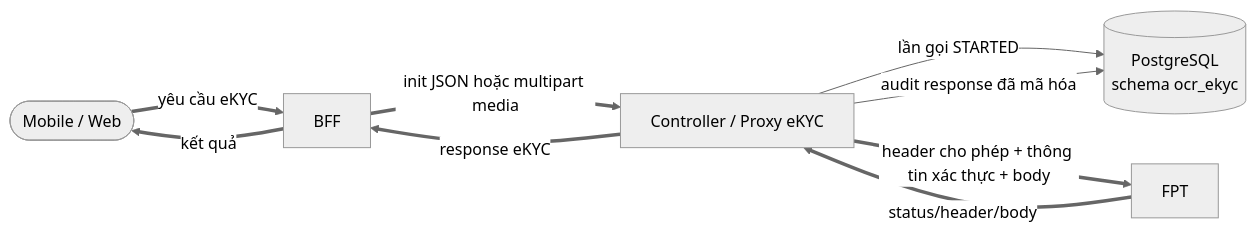
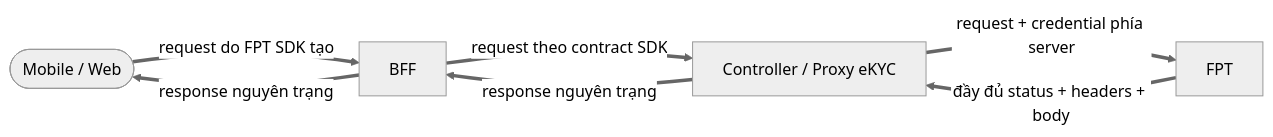
One commit to huynv-xyz/vhm changed the seventh of 12 diagrams in tdd-ocr-ekyc.md. Above: the diagram before and after it, drawn with Mermaid (neutral theme). The commit also changed other lines of this file, not shown here.

````diff
--- a/tdd-ocr-ekyc.md
+++ b/tdd-ocr-ekyc.md
@@ -791,17 +790,14 @@
 ```mermaid
 flowchart LR
     CHANNEL([Mobile / Web])
     BFF[BFF]
     SERVICE[Controller / Proxy eKYC]
     FPT[FPT]
-    DB[(PostgreSQL<br/>schema ocr_ekyc)]
 
-    CHANNEL ==>|yêu cầu eKYC| BFF
-    BFF ==>|init JSON hoặc multipart media| SERVICE
-    SERVICE -->|lần gọi STARTED| DB
-    SERVICE ==>|header cho phép + thông tin xác thực + body| FPT
-    FPT ==>|status/header/body| SERVICE
-    SERVICE -->|audit response đã mã hóa| DB
-    SERVICE ==>|response eKYC| BFF
-    BFF ==>|kết quả| CHANNEL
+    CHANNEL ==>|request do FPT SDK tạo| BFF
+    BFF ==>|request theo contract SDK| SERVICE
+    SERVICE ==>|request + credential phía server| FPT
+    FPT ==>|đầy đủ status + headers + body| SERVICE
+    SERVICE ==>|response nguyên trạng| BFF
+    BFF ==>|response nguyên trạng| CHANNEL
 ```
````
